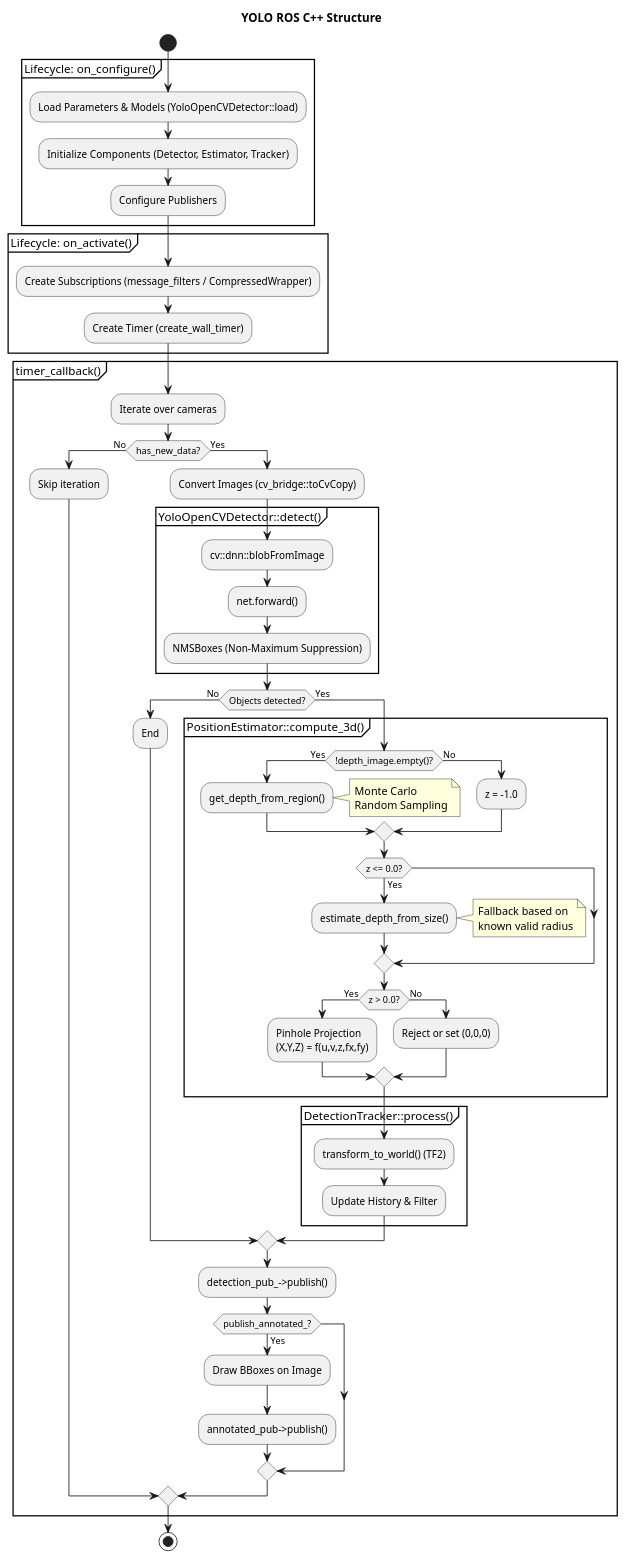
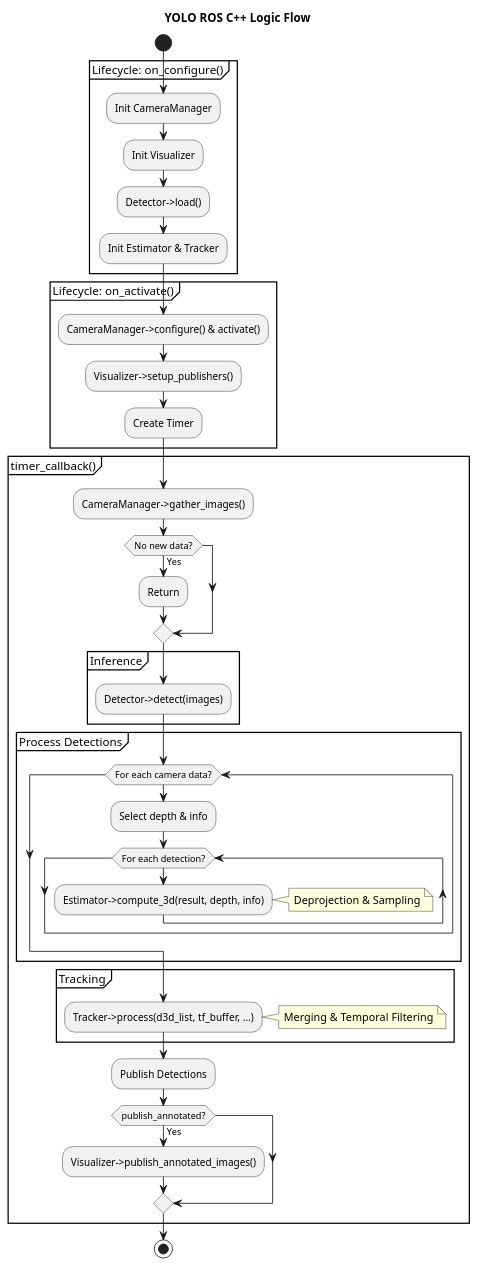
The diagram in docs/cpp_structure.puml (agh-space-systems-rover/yolo_ros), drawn with PlantUML before and after one commit. The commit also changed 12 other files, not shown here.

```diff
--- a/docs/cpp_structure.puml
+++ b/docs/cpp_structure.puml
@@ -1,79 +1,55 @@
 @startuml cpp_structure
-title YOLO ROS C++ Structure
+title YOLO ROS C++ Logic Flow
 
 start
 
 partition "Lifecycle: on_configure()" {
-  :Load Parameters & Models (YoloOpenCVDetector::load);
-  :Initialize Components (Detector, Estimator, Tracker);
-  :Configure Publishers;
+  :Init CameraManager;
+  :Init Visualizer;
+  :Detector->load();
+  :Init Estimator & Tracker;
 }
 
 partition "Lifecycle: on_activate()" {
-  :Create Subscriptions (message_filters / CompressedWrapper);
-  :Create Timer (create_wall_timer);
+  :CameraManager->configure() & activate();
+  :Visualizer->setup_publishers();
+  :Create Timer;
 }
 
 partition "timer_callback()" {
+  
+  :CameraManager->gather_images();
+  if (No new data?) then (Yes)
+    :Return;
+  endif
 
-  ' Main Loop
-  :Iterate over cameras;
-  if (has_new_data?) then (No)
-    :Skip iteration;
-  else (Yes)
+  partition "Inference" {
+    :Detector->detect(images);
+  }
   
-    :Convert Images (cv_bridge::toCvCopy);
+  partition "Process Detections" {
+    while (For each camera data?)
+      :Select depth & info;
+      while (For each detection?)
+        :Estimator->compute_3d(result, depth, info);
+        note right: Deprojection & Sampling
+      endwhile
+    endwhile
+  }
 
-    ' Inference
-    partition "YoloOpenCVDetector::detect()" {
-      :cv::dnn::blobFromImage;
-      :net.forward();
-      :NMSBoxes (Non-Maximum Suppression);
-    }
-
-    ' Post-processing 3D
-    if (Objects detected?) then (No)
-      :End;
-    else (Yes)
-      
-      partition "PositionEstimator::compute_3d()" {
-        if (!depth_image.empty()?) then (Yes)
-          :get_depth_from_region();
-          note right: Monte Carlo\nRandom Sampling
-        else (No)
-          :z = -1.0;
-        endif
-
-        if (z <= 0.0?) then (Yes)
-          :estimate_depth_from_size();
-          note right: Fallback based on\nknown valid radius
-        endif
-        
-        if (z > 0.0?) then (Yes)
-          :Pinhole Projection\n(X,Y,Z) = f(u,v,z,fx,fy);
-        else (No)
-           :Reject or set (0,0,0);
-        endif
-      }
-
-      partition "DetectionTracker::process()" {
-        :transform_to_world() (TF2);
-        :Update History & Filter;
-      }
-    endif
-
-    ' Publish
-    :detection_pub_->publish();
-
-    if (publish_annotated_?) then (Yes)
-      :Draw BBoxes on Image;
-      :annotated_pub->publish();
-    endif
-
+  partition "Tracking" {
+     :Tracker->process(d3d_list, tf_buffer, ...);
+     note right: Merging & Temporal Filtering
+  }
+  
+  :Publish Detections;
+  
+  if (publish_annotated?) then (Yes)
+    :Visualizer->publish_annotated_images();
   endif
 
 }
 
 stop
 
 @enduml
```
